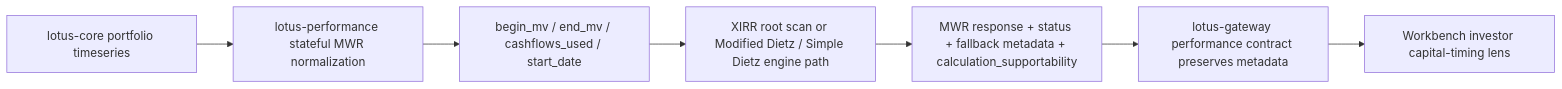
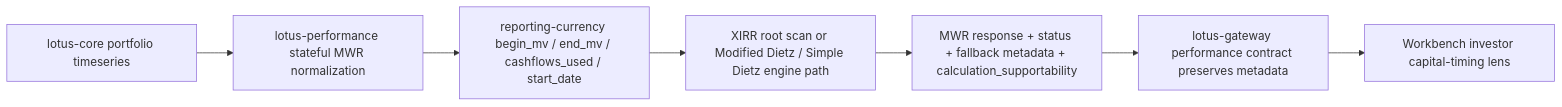
One commit to sgajbi/lotus-performance changed the first of 3 diagrams in wiki/Integrations.md. Above: the diagram before and after it, drawn with Mermaid. The commit also changed other lines of this file and 14 other files, not shown here.

````diff
--- a/wiki/Integrations.md
+++ b/wiki/Integrations.md
@@ -54,9 +59,9 @@
 ```mermaid
 flowchart LR
     A[lotus-core portfolio timeseries] --> B[lotus-performance stateful MWR normalization]
-    B --> C[begin_mv / end_mv / cashflows_used / start_date]
+    B --> C[reporting-currency begin_mv / end_mv / cashflows_used / start_date]
     C --> D[XIRR root scan or Modified Dietz / Simple Dietz engine path]
     D --> E[MWR response + status + fallback metadata + calculation_supportability]
     E --> F[lotus-gateway performance contract preserves metadata]
     F --> G[Workbench investor capital-timing lens]
 ```
````
